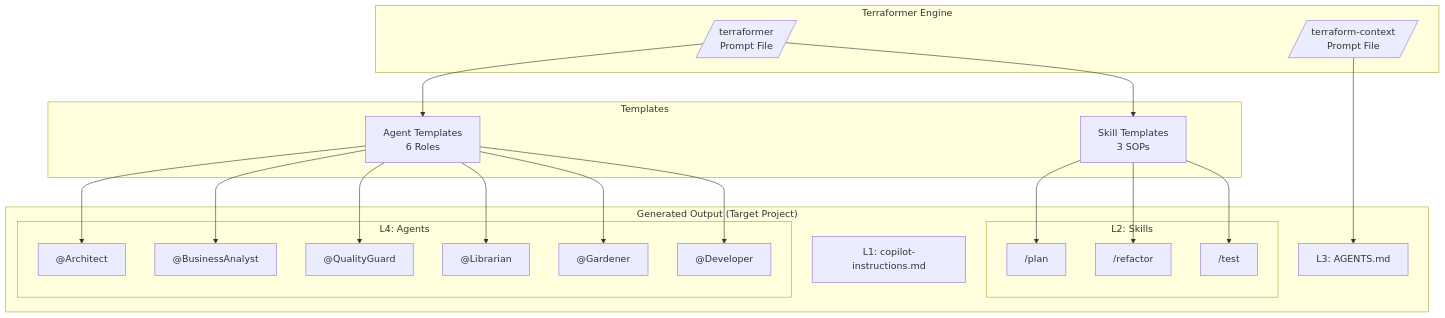
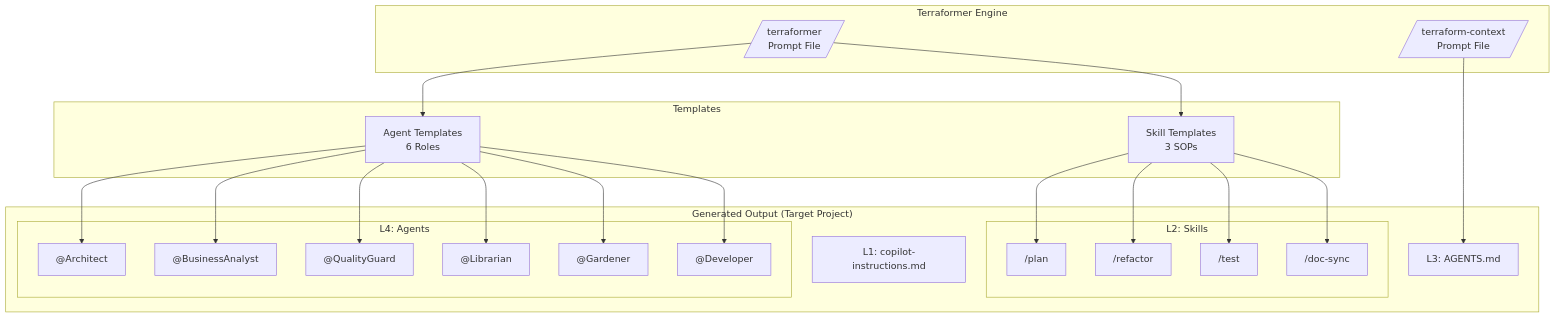
One commit to LongbowXXX/terraformer changed the first of 3 diagrams in agents-docs/architecture.md. Above: the diagram before and after it, drawn with Mermaid. The commit also changed other lines of this file and 6 other files, not shown here.

Commit message:
feat: add initial documentation for agents covering architecture, key flows, and operational details.

````diff
--- a/agents-docs/architecture.md
+++ b/agents-docs/architecture.md
@@ -34,45 +34,47 @@
 ```mermaid
 graph TB
     subgraph "Terraformer Engine"
         TE[/terraformer<br/>Prompt File/]
         TC[/terraform-context<br/>Prompt File/]
     end
 
     subgraph "Templates"
         AT[Agent Templates<br/>6 Roles]
         ST[Skill Templates<br/>3 SOPs]
     end
 
     subgraph "Generated Output (Target Project)"
         subgraph "L4: Agents"
             AR["@Architect"]
             BA["@BusinessAnalyst"]
             QG["@QualityGuard"]
             LB["@Librarian"]
             GD["@Gardener"]
             DV["@Developer"]
         end
 
         subgraph "L2: Skills"
             SP["/plan"]
             SR["/refactor"]
             STT["/test"]
+            DS["/doc-sync"]
         end
 
         L3[L3: AGENTS.md]
         L1[L1: copilot-instructions.md]
     end
 
     TE --> AT
     TE --> ST
     AT --> AR
     AT --> BA
     AT --> QG
     AT --> LB
     AT --> GD
     AT --> DV
     ST --> SP
     ST --> SR
     ST --> STT
+    ST --> DS
     TC --> L3
 ```
````
